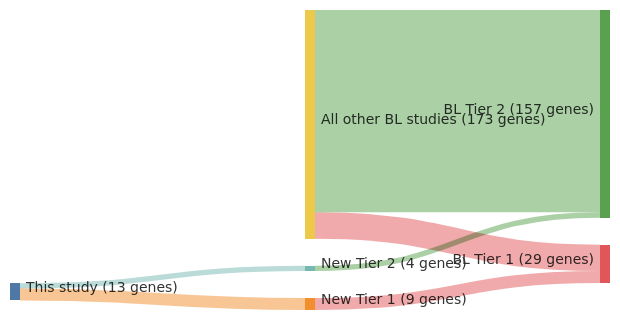
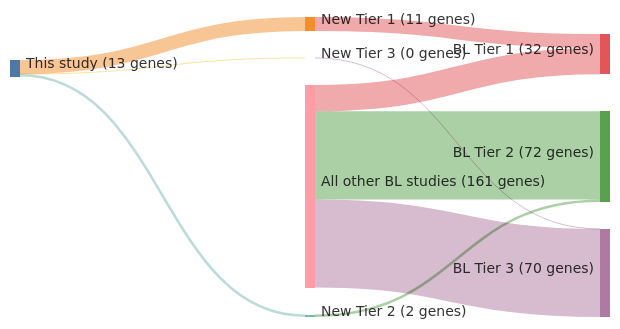
One commit to morinlab/lymphopedia changed the diagram in papers/grandeGenomewideDiscoverySomatic2019.md. Above: the diagram before and after it, drawn with Mermaid. The commit also changed other lines of this file and 81 other files, not shown here.

````diff
--- a/papers/grandeGenomewideDiscoverySomatic2019.md
+++ b/papers/grandeGenomewideDiscoverySomatic2019.md
@@ -12,20 +12,23 @@
 ```mermaid
 ---
 config:
     sankey:
         showValues: true
         linkColor: target
         width: 600
         height: 300
         nodeAlignment: right
         prefix: '('
         suffix: ' genes)'
 ---
 sankey-beta
-This study, New Tier 1, 9
-New Tier 1, BL Tier 1, 9
-This study, New Tier 2, 4
-New Tier 2, BL Tier 2, 4
-All other BL studies, BL Tier 1, 20
-All other BL studies, BL Tier 2, 153
+This study, New Tier 1, 11
+New Tier 1, BL Tier 1, 11
+This study, New Tier 2, 2
+New Tier 2, BL Tier 2, 2
+This study, New Tier 3, 0
+New Tier 3, BL Tier 3, 0
+All other BL studies, BL Tier 1, 21
+All other BL studies, BL Tier 2, 70
+All other BL studies, BL Tier 3, 70
 ```
````
